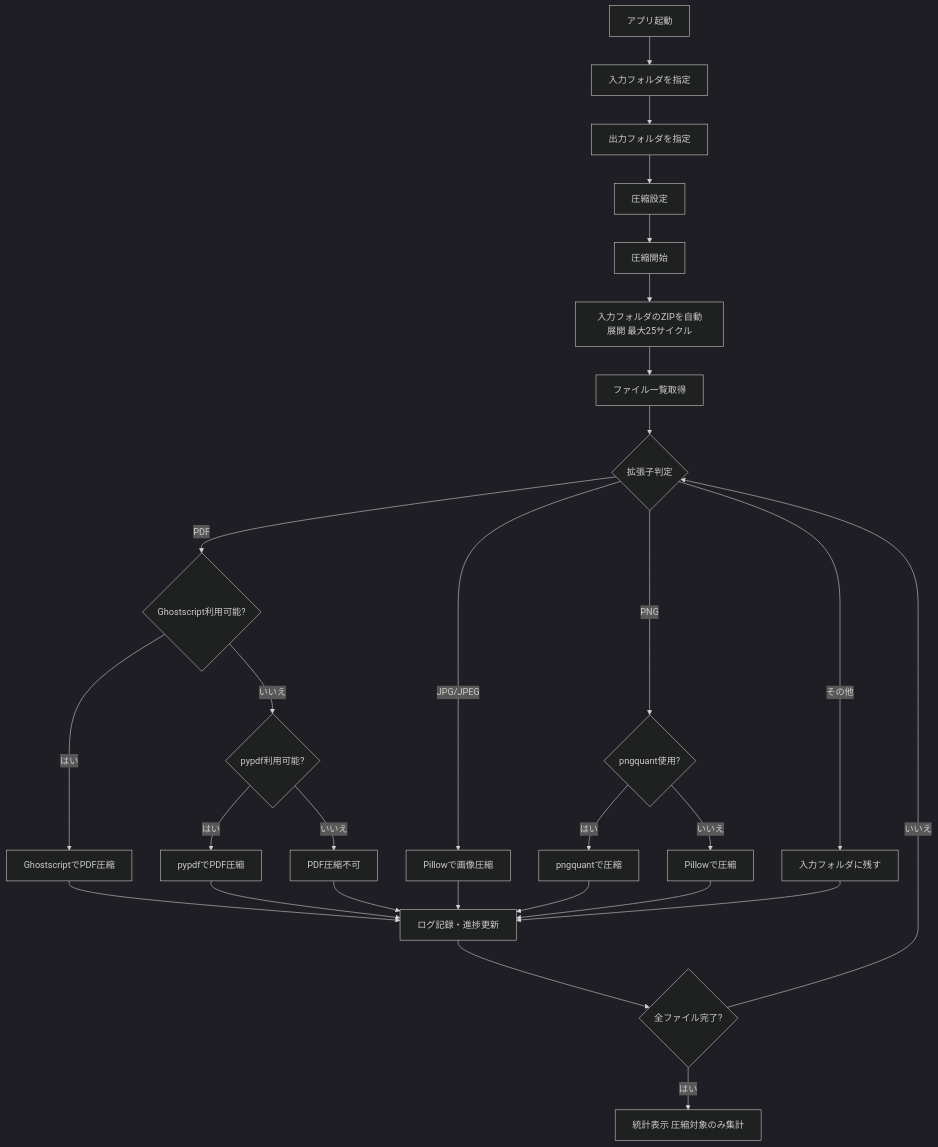
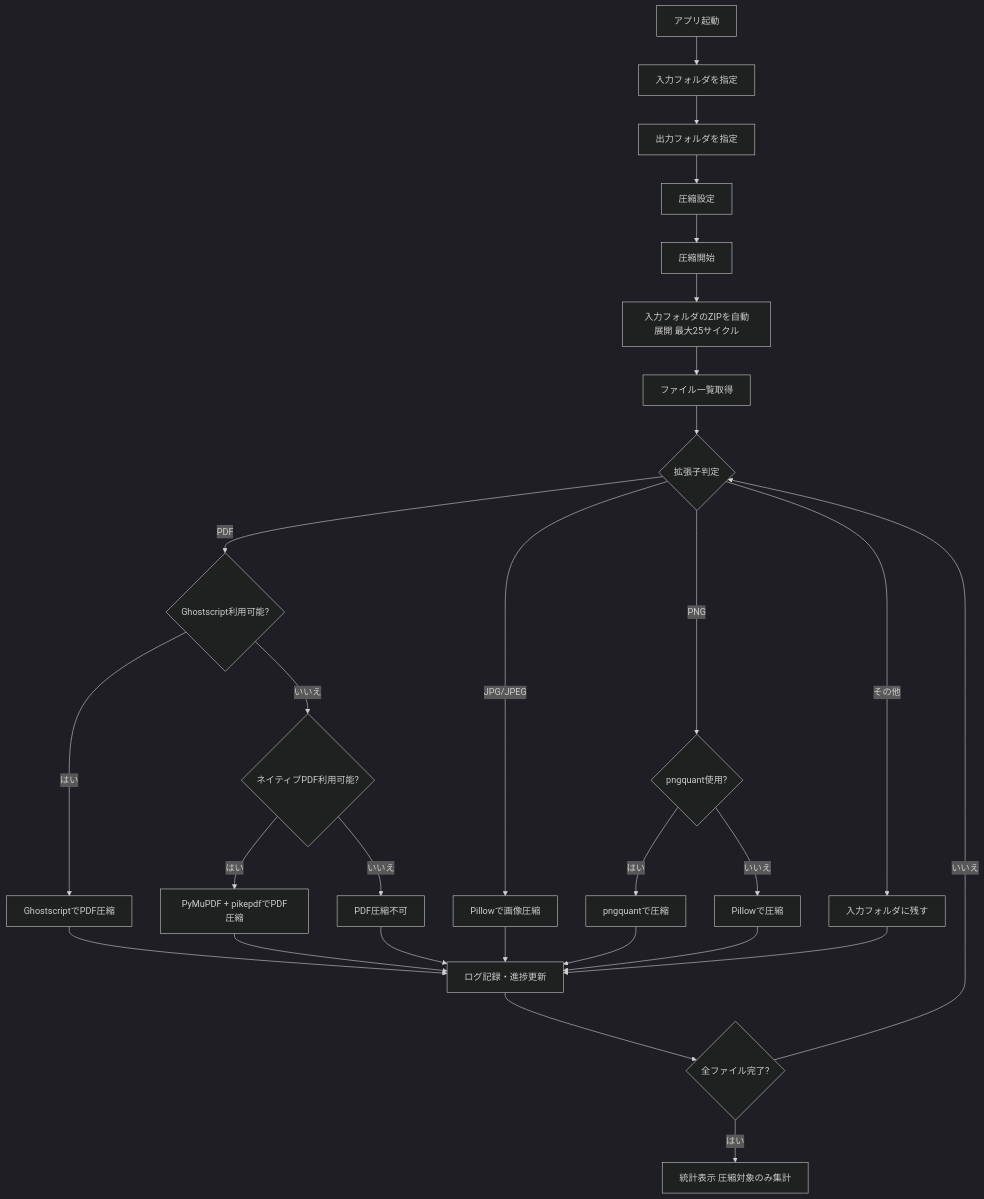
Before and after one commit to sho-kawasaki-dd/pjp_compressor_v2: the first of 3 diagrams in Documentation/flow_sequence_and_class_diagrams.md, drawn with Mermaid (dark theme). The commit also changed other lines of this file and 33 other files, not shown here.

Commit message:
Front end refactoring view-controller-mapper architecture

````diff
--- a/Documentation/flow_sequence_and_class_diagrams.md
+++ b/Documentation/flow_sequence_and_class_diagrams.md
@@ -5,30 +5,30 @@
 ```mermaid
 flowchart TD
   A[アプリ起動] --> B[入力フォルダを指定]
   B --> C[出力フォルダを指定]
   C --> D[圧縮設定]
   D --> E[圧縮開始]
   E --> F[入力フォルダのZIPを自動展開 最大25サイクル]
   F --> G[ファイル一覧取得]
   G --> H{拡張子判定}
   H -- PDF --> I{Ghostscript利用可能?}
   I -- はい --> J[GhostscriptでPDF圧縮]
-  I -- いいえ --> K{pypdf利用可能?}
-  K -- はい --> L[pypdfでPDF圧縮]
+    I -- いいえ --> K{ネイティブPDF利用可能?}
+    K -- はい --> L[PyMuPDF + pikepdfでPDF圧縮]
   K -- いいえ --> M[PDF圧縮不可]
   H -- JPG/JPEG --> N[Pillowで画像圧縮]
   H -- PNG --> O{pngquant使用?}
   O -- はい --> P[pngquantで圧縮]
   O -- いいえ --> Q[Pillowで圧縮]
   H -- その他 --> R[入力フォルダに残す]
   J --> S[ログ記録・進捗更新]
   L --> S
   M --> S
   N --> S
   P --> S
   Q --> S
   R --> S
   S --> T{全ファイル完了?}
   T -- いいえ --> H
   T -- はい --> U[統計表示 圧縮対象のみ集計]
 ```
````
